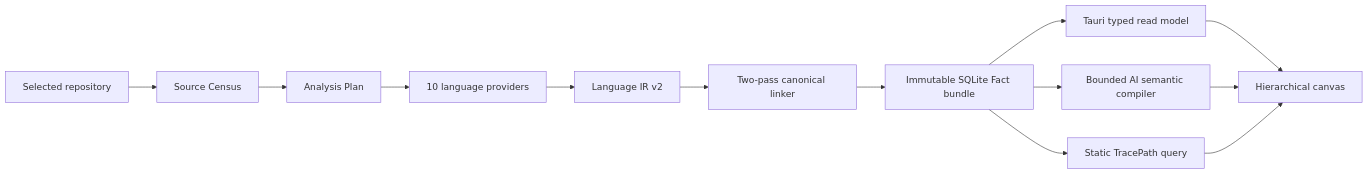
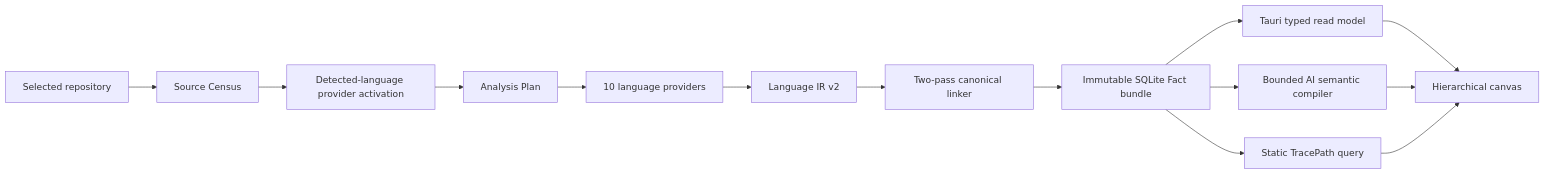
One commit to shinyeonjun/visual_map changed the diagram in docs/architecture.md. Above: the diagram before and after it, drawn with Mermaid. The commit also changed other lines of this file and 10 other files, not shown here.

````diff
--- a/docs/architecture.md
+++ b/docs/architecture.md
@@ -12,15 +12,16 @@
 ```mermaid
 flowchart LR
     A["Selected repository"] --> B["Source Census"]
-    B --> C["Analysis Plan"]
+    B --> B1["Detected-language provider activation"]
+    B1 --> C["Analysis Plan"]
     C --> D["10 language providers"]
     D --> E["Language IR v2"]
     E --> F["Two-pass canonical linker"]
     F --> G["Immutable SQLite Fact bundle"]
     G --> H["Tauri typed read model"]
     G --> I["Bounded AI semantic compiler"]
     H --> J["Hierarchical canvas"]
     I --> J
     G --> K["Static TracePath query"]
     K --> J
 ```
````
